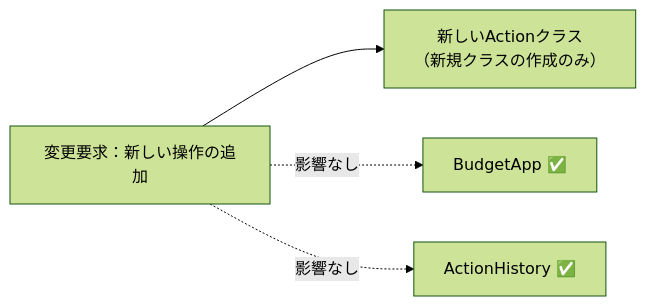
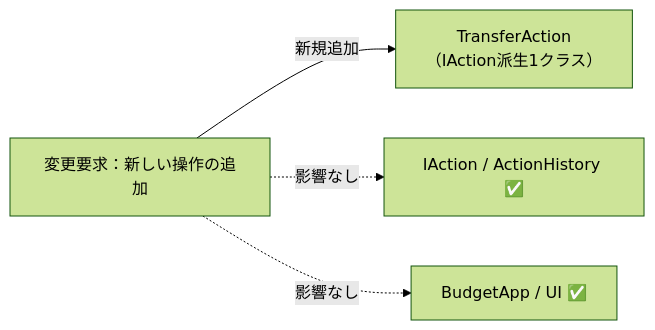
Before and after one commit to kumachan1101-pixel/DesignPattern: diagram 12 of 14 in kindle/design-patterns/output/chapter05.md, drawn with Mermaid (forest theme). The commit also changed other lines of this file and 1 other file, not shown here.

````diff
--- a/kindle/design-patterns/output/chapter05.md
+++ b/kindle/design-patterns/output/chapter05.md
@@ -1665,8 +1614,7 @@
 ```mermaid
 graph LR
     T1["変更要求：新しい操作の追加"]
-        --> F1["新しいActionクラス<br>（新規クラスの作成のみ）"]
-    T1 -. "影響なし" .-> A["BudgetApp ✅"]
-    T1 -. "影響なし" .-> B["ActionHistory ✅"]
-
+        -->|新規追加| F1["TransferAction<br>（IAction派生1クラス）"]
+    T1 -. "影響なし" .-> A["IAction / ActionHistory ✅"]
+    T1 -. "影響なし" .-> B["BudgetApp / UI ✅"]
 ```
````
